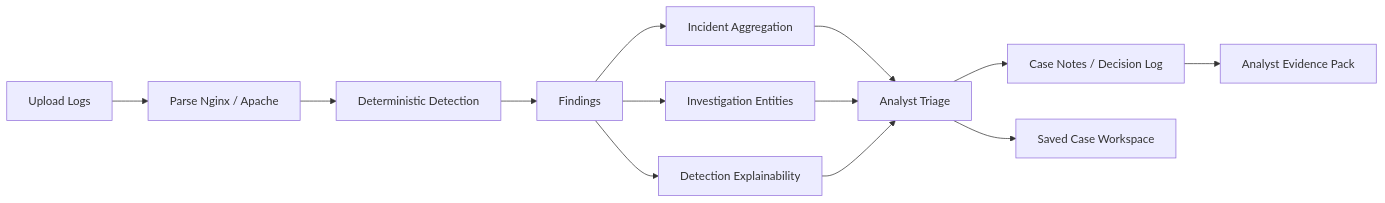
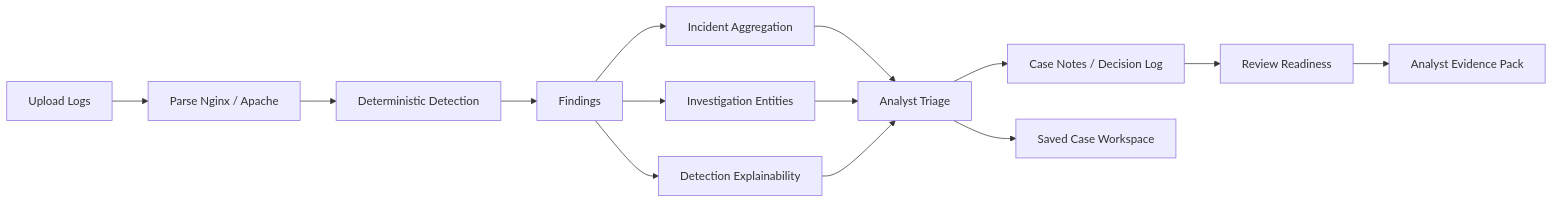
Before and after one commit to Calvin1989/ai-log-security-analyzer: the diagram in README.md, drawn with Mermaid. The commit also changed other lines of this file and 12 other files, not shown here.

Commit message:
feat: add investigation review readiness

````diff
--- a/README.md
+++ b/README.md
@@ -93,15 +95,16 @@
 ```mermaid
 flowchart LR
     A[Upload Logs] --> B[Parse Nginx / Apache]
     B --> C[Deterministic Detection]
     C --> D[Findings]
     D --> E[Incident Aggregation]
     D --> F[Investigation Entities]
     D --> G[Detection Explainability]
     E --> H[Analyst Triage]
     F --> H
     G --> H
     H --> I[Case Notes / Decision Log]
-    I --> J[Analyst Evidence Pack]
-    H --> K[Saved Case Workspace]
+    I --> J[Review Readiness]
+    J --> K[Analyst Evidence Pack]
+    H --> L[Saved Case Workspace]
 ```
````
